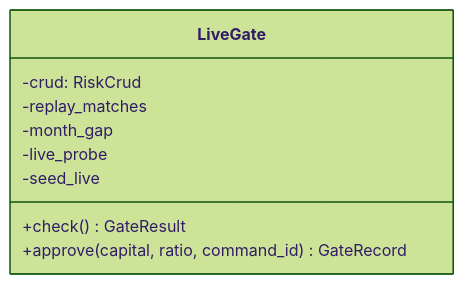
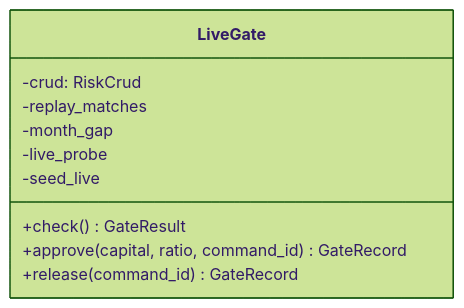
One commit to HoyoungParkme/quant-rebalance-bot changed diagram 13 of 17 in docs/specs/06-DOM/QBOT-DOM-002.md. Above: the diagram before and after it, drawn with Mermaid (forest theme). The commit also changed other lines of this file, not shown here.

Commit message:
명세-코드 대조 정정: 월간 보고가 지표 효과를 계산한다(PRD R12와 어긋났던 것), OrderHint·어댑터 무기억, TradingService 손절·관리종목 표시, LiveGate.release, 일일 요약 전일 대비

````diff
--- a/docs/specs/06-DOM/QBOT-DOM-002.md
+++ b/docs/specs/06-DOM/QBOT-DOM-002.md
@@ -322,12 +332,13 @@
 ```mermaid
 classDiagram
   class LiveGate {
     -crud: RiskCrud
     -replay_matches
     -month_gap
     -live_probe
     -seed_live
     +check() GateResult
     +approve(capital, ratio, command_id) GateRecord
+    +release(command_id) GateRecord
   }
 ```
````
